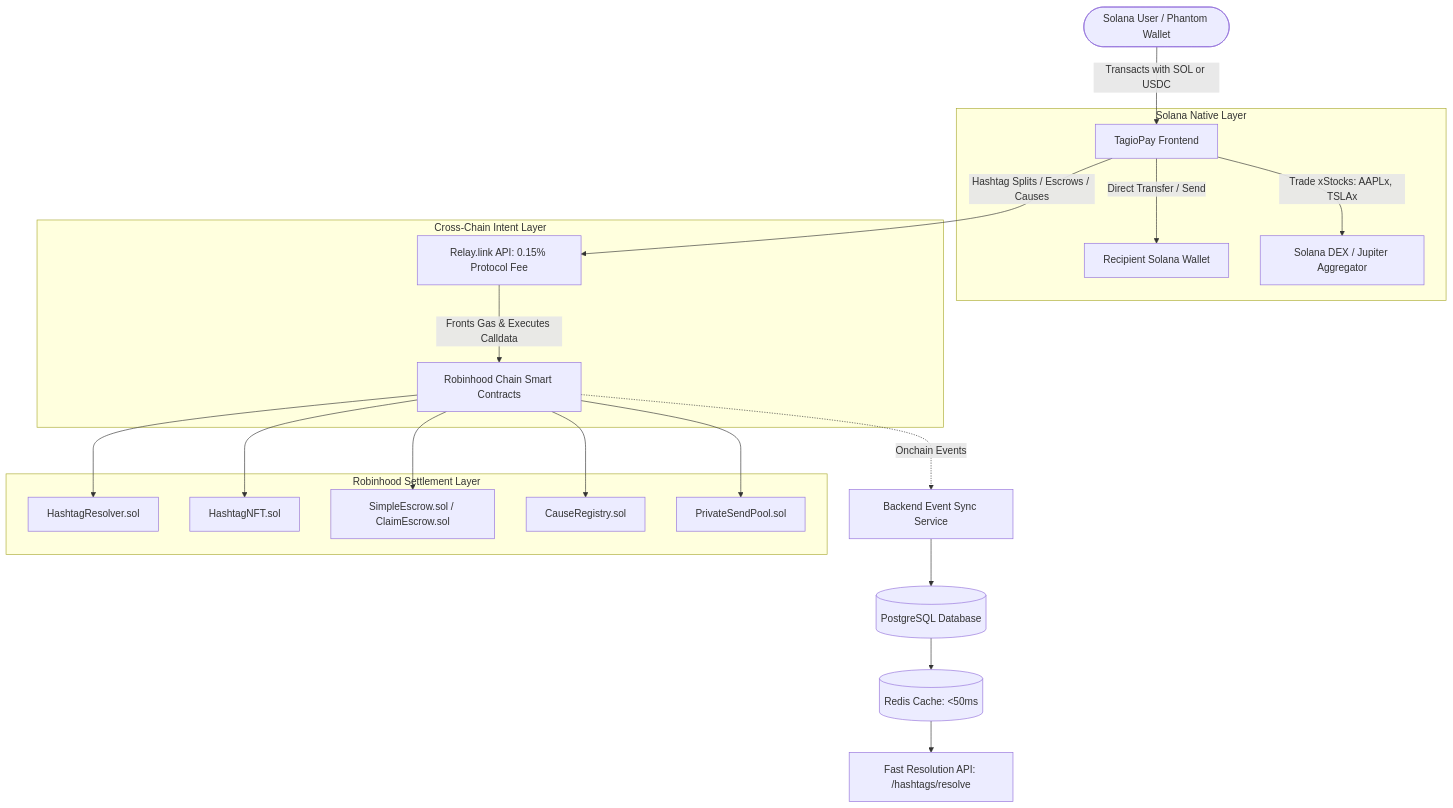
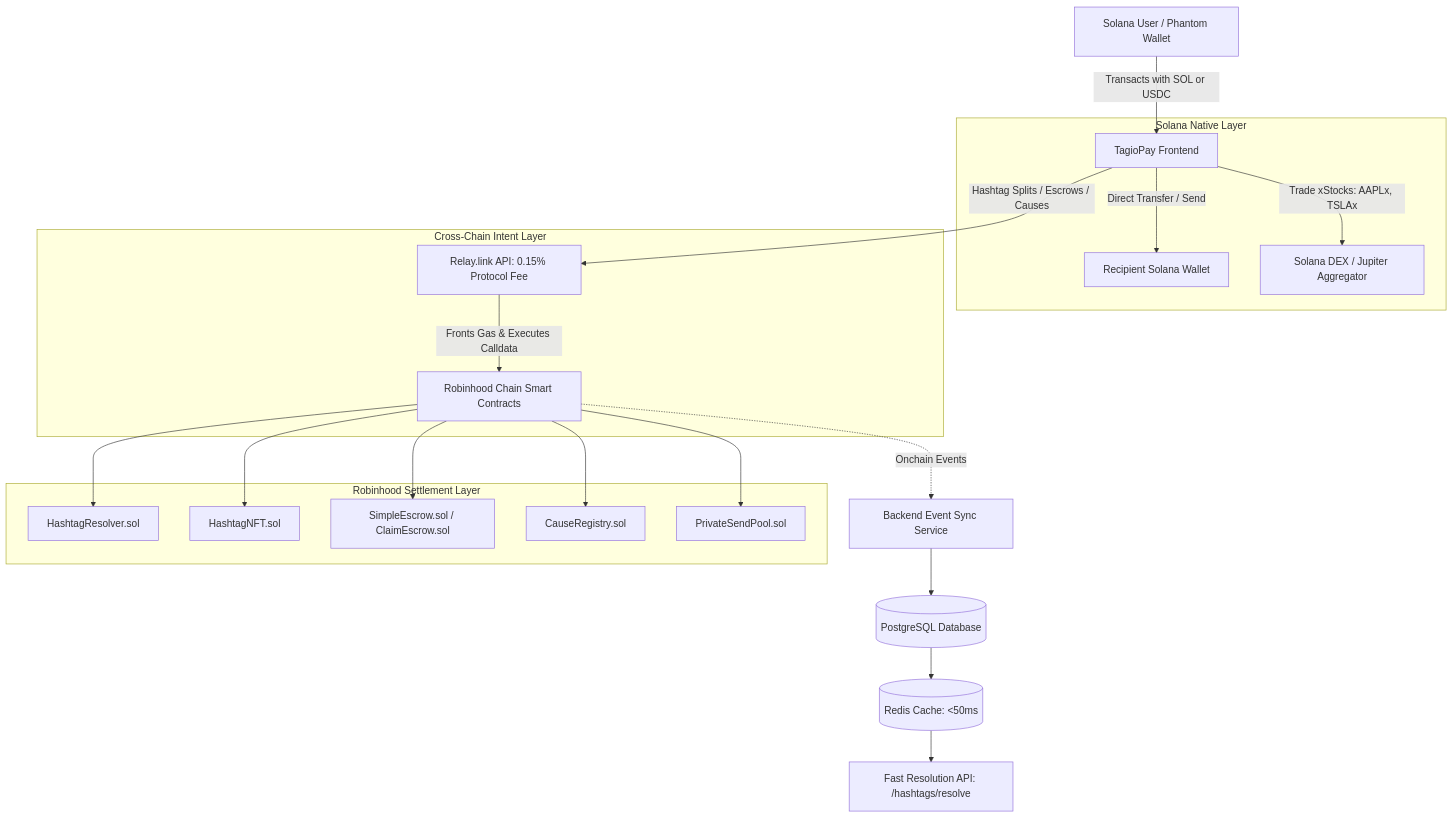
Before and after one commit to TagioFi/Tagio: the diagram in technical-docs/SYSTEM_ARCHITECTURE.md, drawn with Mermaid. The commit also changed 1 other file, not shown here.

Commit message:
docs(mermaid): fix mermaid syntax across docs for universal renderer compatibility

````diff
--- a/technical-docs/SYSTEM_ARCHITECTURE.md
+++ b/technical-docs/SYSTEM_ARCHITECTURE.md
@@ -9,27 +9,27 @@
 ```mermaid
 graph TD
-    User([Solana User / Phantom Wallet]) -->|Transacts with SOL or USDC| FE[TagioPay Frontend]
+    User["Solana User / Phantom Wallet"] -->|Transacts with SOL or USDC| FE["TagioPay Frontend"]
     
-    subgraph Solana Native Layer
-        FE -->|Direct Transfer / Send| SOL_W[Recipient Solana Wallet]
-        FE -->|Trade xStocks: AAPLx, TSLAx| JUP[Solana DEX / Jupiter Aggregator]
+    subgraph Solana_Native_Layer["Solana Native Layer"]
+        FE -->|Direct Transfer / Send| SOL_W["Recipient Solana Wallet"]
+        FE -->|Trade xStocks: AAPLx, TSLAx| JUP["Solana DEX / Jupiter Aggregator"]
     end
 
-    subgraph Cross-Chain Intent Layer
-        FE -->|Hashtag Splits / Escrows / Causes| Relay[Relay.link API: 0.15% Protocol Fee]
-        Relay -->|Fronts Gas & Executes Calldata| RH_Contracts[Robinhood Chain Smart Contracts]
+    subgraph Cross_Chain_Intent_Layer["Cross-Chain Intent Layer"]
+        FE -->|Hashtag Splits / Escrows / Causes| Relay["Relay.link API: 0.15% Protocol Fee"]
+        Relay -->|Fronts Gas & Executes Calldata| RH_Contracts["Robinhood Chain Smart Contracts"]
     end
 
-    subgraph Robinhood Settlement Layer
-        RH_Contracts --> Resolver[HashtagResolver.sol]
-        RH_Contracts --> NFT[HashtagNFT.sol]
-        RH_Contracts --> Escrow[SimpleEscrow.sol / ClaimEscrow.sol]
-        RH_Contracts --> Causes[CauseRegistry.sol]
-        RH_Contracts --> PrivatePool[PrivateSendPool.sol]
+    subgraph Robinhood_Settlement_Layer["Robinhood Settlement Layer"]
+        RH_Contracts --> Resolver["HashtagResolver.sol"]
+        RH_Contracts --> NFT["HashtagNFT.sol"]
+        RH_Contracts --> Escrow["SimpleEscrow.sol / ClaimEscrow.sol"]
+        RH_Contracts --> Causes["CauseRegistry.sol"]
+        RH_Contracts --> PrivatePool["PrivateSendPool.sol"]
     end
 
-    RH_Contracts -.->|Onchain Events| Sync[Backend Event Sync Service]
-    Sync --> DB[(PostgreSQL Database)]
-    DB --> Redis[(Redis Cache: <50ms)]
-    Redis --> API[Fast Resolution API: /hashtags/resolve]
+    RH_Contracts -.->|Onchain Events| Sync["Backend Event Sync Service"]
+    Sync --> DB[("PostgreSQL Database")]
+    DB --> Redis[("Redis Cache: <50ms")]
+    Redis --> API["Fast Resolution API: /hashtags/resolve"]
 ```
````
